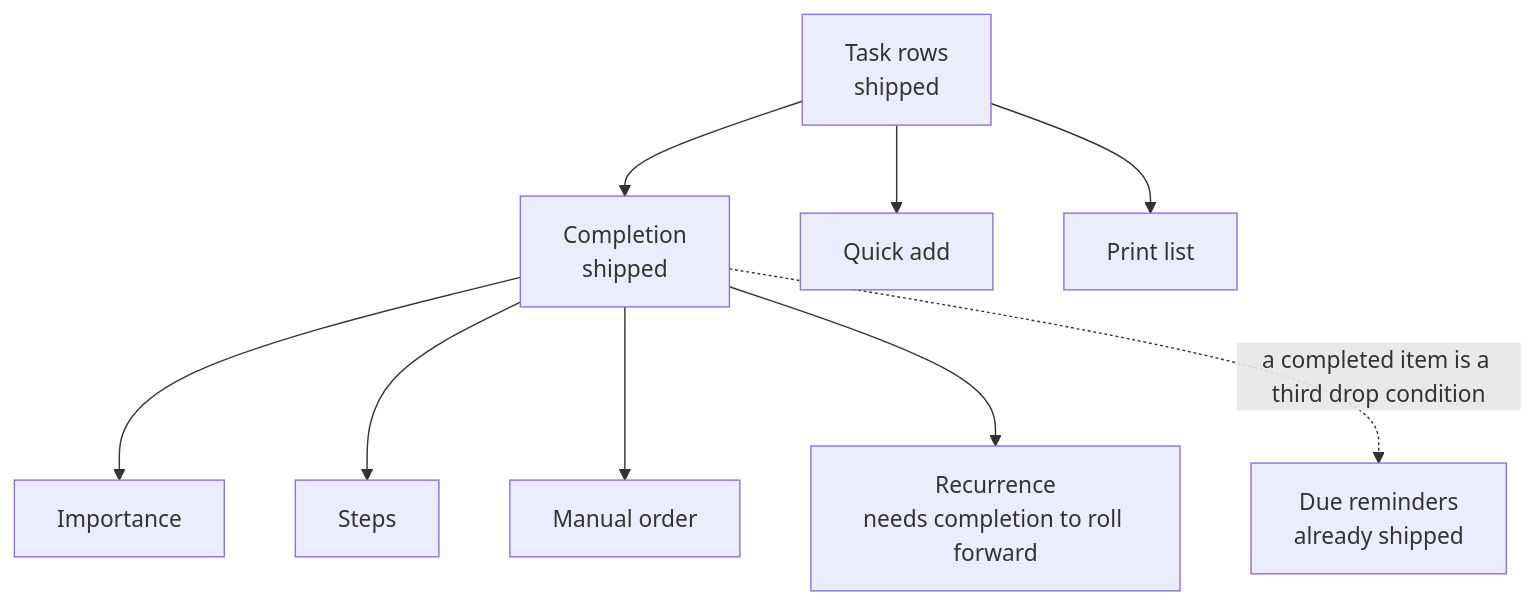
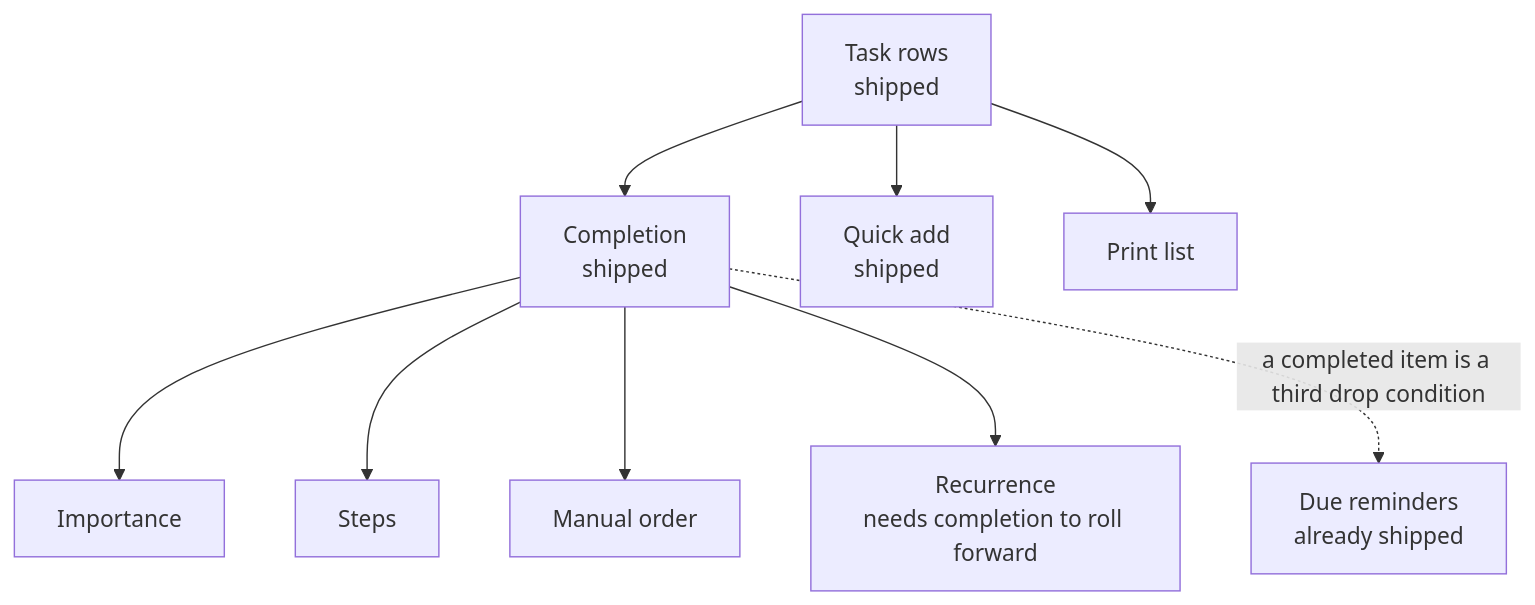
Before and after one commit to Esposter/Esposter: the diagram in apps/web/content/docs/proposals/resource/todo-list/index.md, drawn with Mermaid. The commit also changed other lines of this file and 9 other files, not shown here.

````diff
--- a/apps/web/content/docs/proposals/resource/todo-list/index.md
+++ b/apps/web/content/docs/proposals/resource/todo-list/index.md
@@ -27,11 +27,11 @@
 ```mermaid
 flowchart TD
   ROWS[Task rows<br/>shipped] --> DONE[Completion<br/>shipped]
-  ROWS --> ADD[Quick add]
+  ROWS --> ADD[Quick add<br/>shipped]
   ROWS --> PRINT[Print list]
   DONE --> STAR[Importance]
   DONE --> STEPS[Steps]
   DONE --> ORDER[Manual order]
   DONE --> REPEAT[Recurrence<br/>needs completion to roll forward]
   DONE -.->|a completed item is a third drop condition| REM[Due reminders<br/>already shipped]
 ```
````
